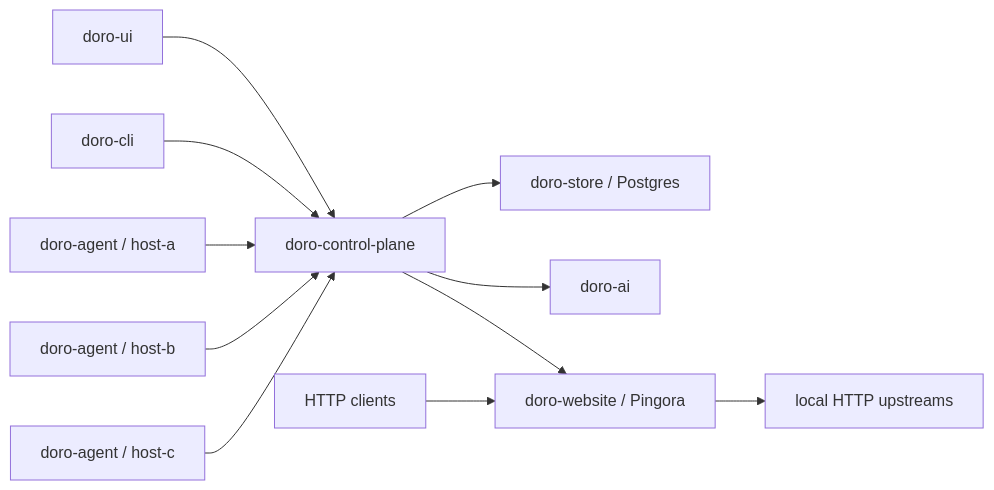
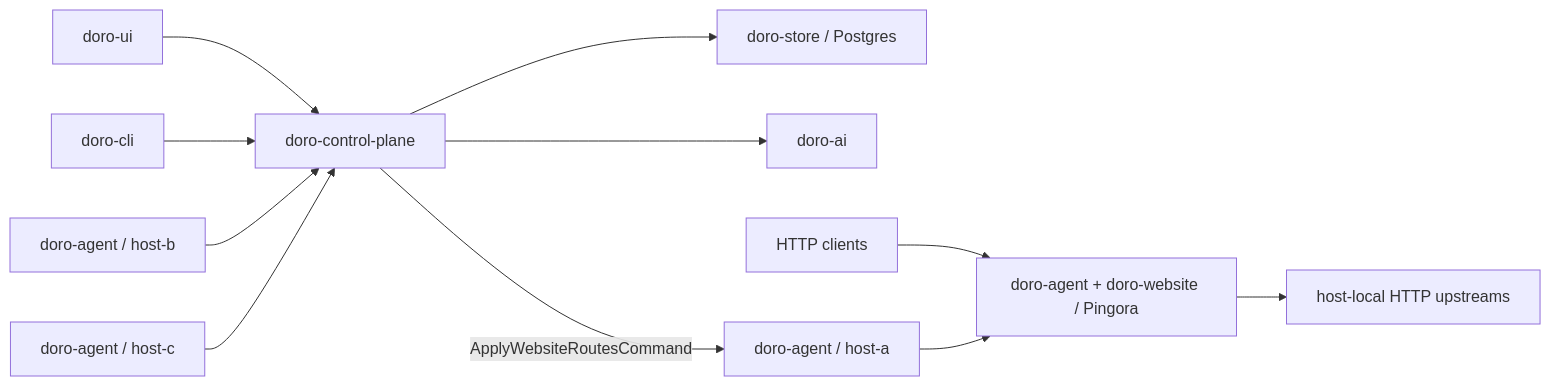
The diagram in docs/src/architecture.md (zhubby/doro), drawn with Mermaid before and after one commit. The commit also changed other lines of this file and 32 other files, not shown here.

First line of the commit message:
feat(website): add agent-side website runtime with control-plane orchestration

````diff
--- a/docs/src/architecture.md
+++ b/docs/src/architecture.md
@@ -5,13 +5,13 @@
 ```mermaid
 flowchart LR
     UI["doro-ui"] --> CP["doro-control-plane"]
     CLI["doro-cli"] --> CP
     CP --> Store["doro-store / Postgres"]
     CP --> AI["doro-ai"]
-    Internet["HTTP clients"] --> Sites["doro-website / Pingora"]
-    CP --> Sites
-    Sites --> Upstream["local HTTP upstreams"]
-    A1["doro-agent / host-a"] --> CP
+    Internet["HTTP clients"] --> Sites["doro-agent + doro-website / Pingora"]
+    Sites --> Upstream["host-local HTTP upstreams"]
+    CP -->|"ApplyWebsiteRoutesCommand"| A1["doro-agent / host-a"]
+    A1 --> Sites
     A2["doro-agent / host-b"] --> CP
     A3["doro-agent / host-c"] --> CP
 ```
````
